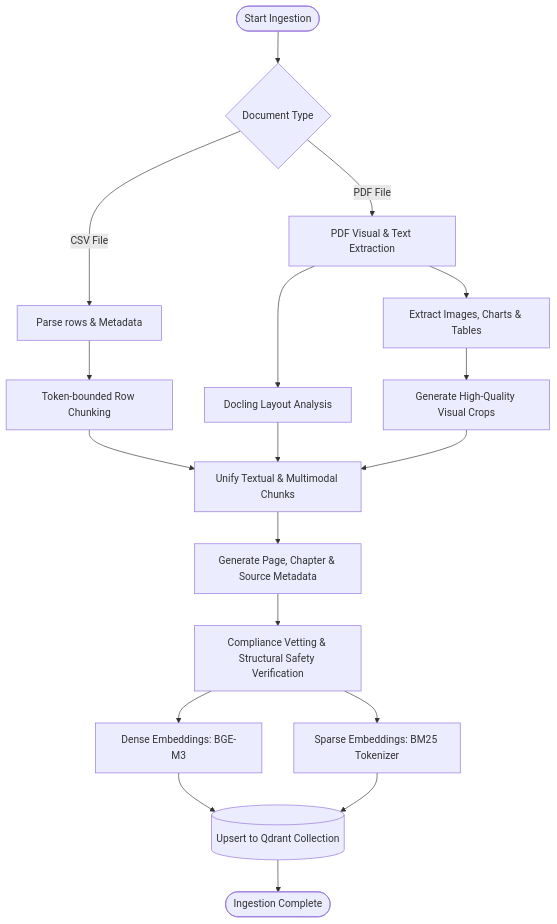
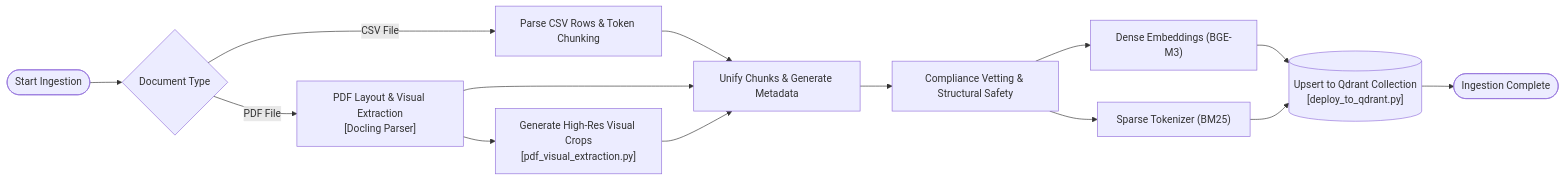
The second of 3 diagrams in README.md (supriyap19967-creator/rag-system-v2), drawn with Mermaid before and after one commit. The commit also changed other lines of this file, not shown here.

First line of the commit message:
Revise README for clarity and flowchart updates

````diff
--- a/README.md
+++ b/README.md
@@ -182,30 +151,18 @@
 ```mermaid
-flowchart TD
+flowchart LR
     Start([Start Ingestion]) --> CheckType{Document Type}
     
-    %% CSV processing
-    CheckType -- CSV File --> CSVProc[Parse rows & Metadata]
-    CSVProc --> CSVChunk[Token-bounded Row Chunking]
+    CheckType -- CSV File --> CSVProc["Parse CSV Rows & Token Chunking"]
+    CheckType -- PDF File --> PDFProc["PDF Layout & Visual Extraction<br/>[Docling Parser]"]
     
-    %% PDF processing
-    CheckType -- PDF File --> PDFProc[PDF Visual & Text Extraction]
-    PDFProc --> Docling[Docling Layout Analysis]
-    PDFProc --> LayoutExtract[Extract Images, Charts & Tables]
-    LayoutExtract --> Cropper[Generate High-Quality Visual Crops]
+    PDFProc --> Cropper["Generate High-Res Visual Crops<br/>[pdf_visual_extraction.py]"]
     
-    %% Chunking
-    CSVChunk --> ChunkCombine[Unify Textual & Multimodal Chunks]
-    Docling --> ChunkCombine
-    Cropper --> ChunkCombine
+    CSVProc & PDFProc & Cropper --> ChunkCombine["Unify Chunks & Generate Metadata"]
+    ChunkCombine --> SafetyVetting["Compliance Vetting & Structural Safety"]
     
-    %% Enrichment and Invariants
-    ChunkCombine --> MetadataGen[Generate Page, Chapter & Source Metadata]
-    MetadataGen --> SafetyVetting[Compliance Vetting & Structural Safety Verification]
+    SafetyVetting --> DenseVector["Dense Embeddings (BGE-M3)"]
+    SafetyVetting --> SparseVector["Sparse Tokenizer (BM25)"]
     
-    %% Vectorizing & Storage
-    SafetyVetting --> DenseVector[Dense Embeddings: BGE-M3]
-    SafetyVetting --> SparseVector[Sparse Embeddings: BM25 Tokenizer]
-    
-    DenseVector & SparseVector --> UploadQdrant[(Upsert to Qdrant Collection)]
+    DenseVector & SparseVector --> UploadQdrant[("Upsert to Qdrant Collection<br/>[deploy_to_qdrant.py]")]
     UploadQdrant --> EndIngest([Ingestion Complete])
 ```
````
